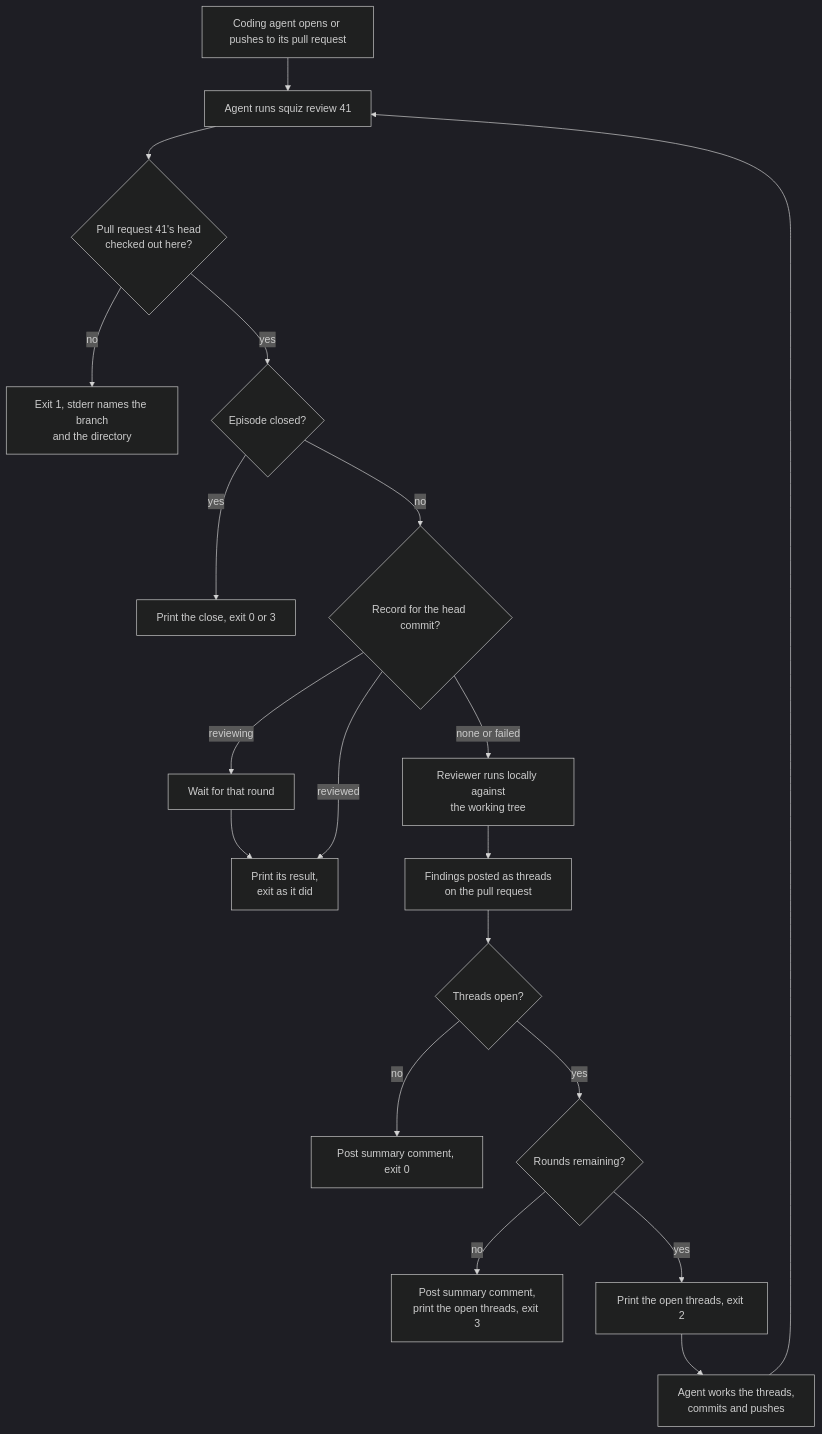
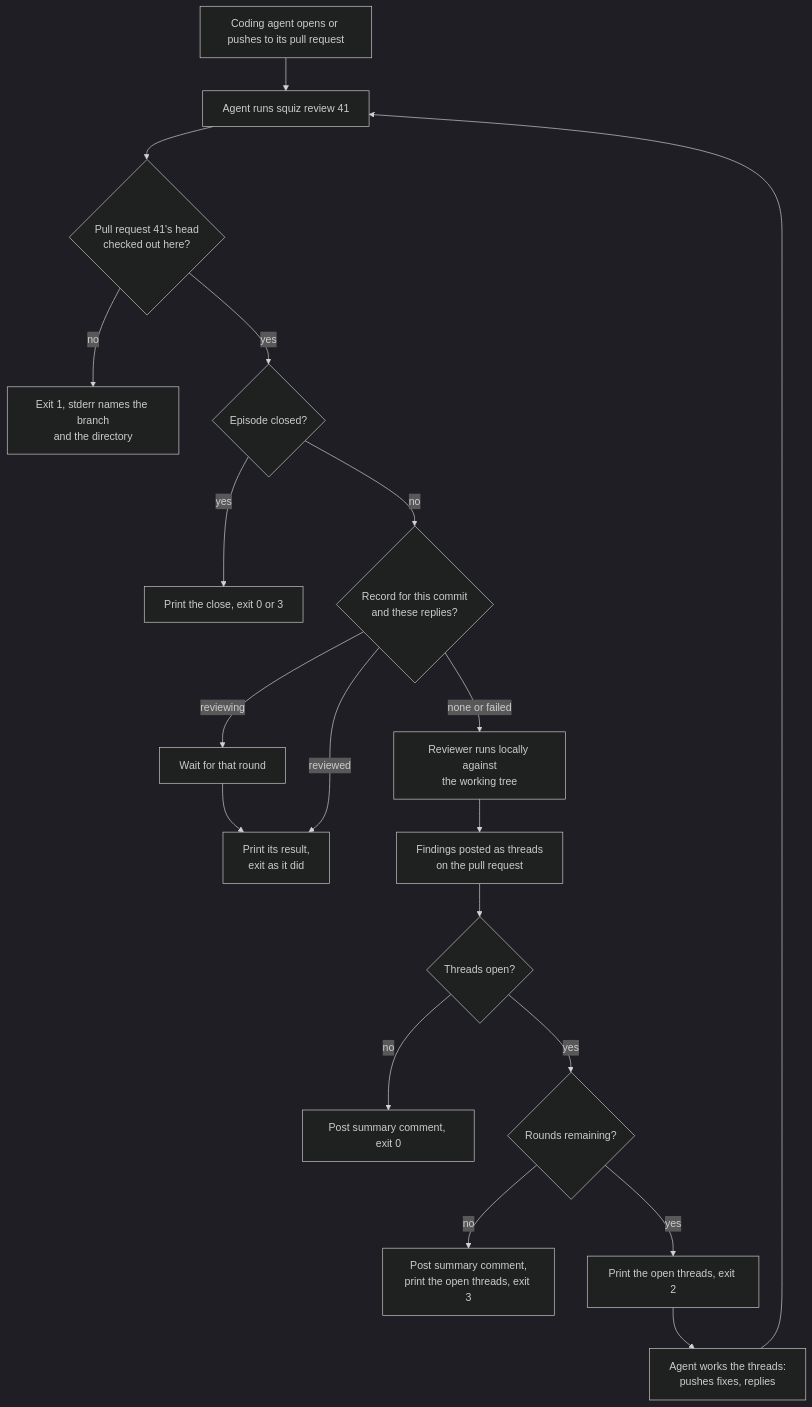
The first of 2 diagrams in docs/specs/review-harness-spec.md (jacygao/squiz), drawn with Mermaid (dark theme) before and after one commit. The commit also changed other lines of this file and 1 other file, not shown here.

````diff
--- a/docs/specs/review-harness-spec.md
+++ b/docs/specs/review-harness-spec.md
@@ -215,21 +243,21 @@
 ```mermaid
 flowchart TD
     A[Coding agent opens or pushes to its pull request] --> B[Agent runs squiz review 41]
     B --> C{Pull request 41's head<br/>checked out here?}
     C -->|no| L[Exit 1, stderr names the branch<br/>and the directory]
     C -->|yes| K{Episode closed?}
     K -->|yes| D[Print the close, exit 0 or 3]
-    K -->|no| R{Record for the head commit?}
+    K -->|no| R{Record for this commit<br/>and these replies?}
     R -->|reviewing| W[Wait for that round]
     W --> P
     R -->|reviewed| P[Print its result,<br/>exit as it did]
     R -->|none or failed| E[Reviewer runs locally against<br/>the working tree]
     E --> F[Findings posted as threads<br/>on the pull request]
     F --> G{Threads open?}
     G -->|no| I[Post summary comment, exit 0]
     G -->|yes| H{Rounds remaining?}
     H -->|no| J[Post summary comment,<br/>print the open threads, exit 3]
     H -->|yes| M[Print the open threads, exit 2]
-    M --> N[Agent works the threads,<br/>commits and pushes]
+    M --> N[Agent works the threads:<br/>pushes fixes, replies]
     N --> B
 ```
````
